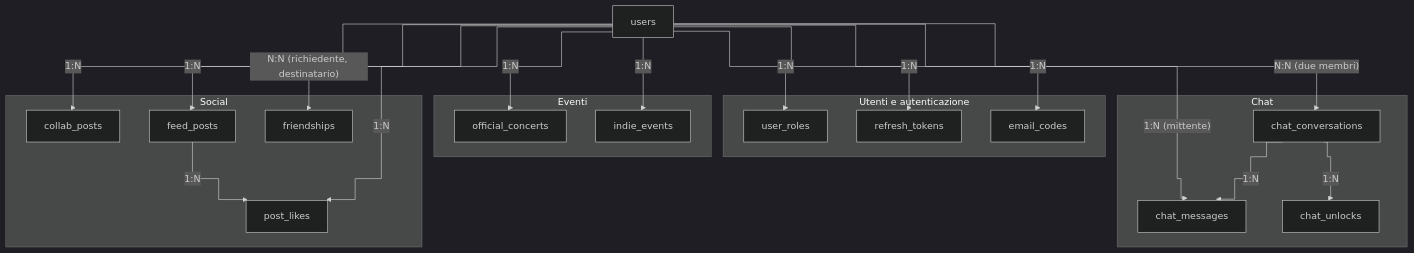
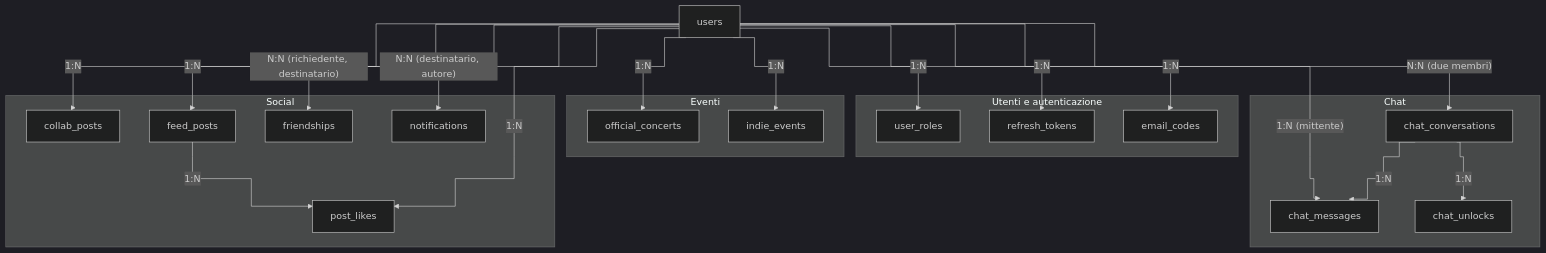
One commit to AlbertoRazzolini/Resonance_app changed the first of 6 diagrams in docs/schema-db.md. Above: the diagram before and after it, drawn with Mermaid (dark theme). The commit also changed other lines of this file and 25 other files, not shown here.

````diff
--- a/docs/schema-db.md
+++ b/docs/schema-db.md
@@ -364,44 +389,46 @@
 ```mermaid
 %%{init: {"flowchart": {"curve": "step"}}}%%
 flowchart TB
     users["users"]
 
     subgraph auth["Utenti e autenticazione"]
         user_roles["user_roles"]
         refresh_tokens["refresh_tokens"]
         email_codes["email_codes"]
     end
 
     subgraph events["Eventi"]
         official_concerts["official_concerts"]
         indie_events["indie_events"]
     end
 
     subgraph social["Social"]
         collab_posts["collab_posts"]
         feed_posts["feed_posts"]
         post_likes["post_likes"]
         friendships["friendships"]
+        notifications["notifications"]
     end
 
     subgraph chat["Chat"]
         chat_conversations["chat_conversations"]
         chat_messages["chat_messages"]
         chat_unlocks["chat_unlocks"]
     end
 
     users -->|"1:N"| user_roles
     users -->|"1:N"| refresh_tokens
     users -->|"1:N"| email_codes
     users -->|"1:N"| official_concerts
     users -->|"1:N"| indie_events
     users -->|"1:N"| collab_posts
     users -->|"1:N"| feed_posts
     users -->|"1:N"| post_likes
     feed_posts -->|"1:N"| post_likes
     users -->|"N:N (richiedente, destinatario)"| friendships
+    users -->|"N:N (destinatario, autore)"| notifications
     users -->|"N:N (due membri)"| chat_conversations
     chat_conversations -->|"1:N"| chat_messages
     users -->|"1:N (mittente)"| chat_messages
     chat_conversations -->|"1:N"| chat_unlocks
 ```
````
